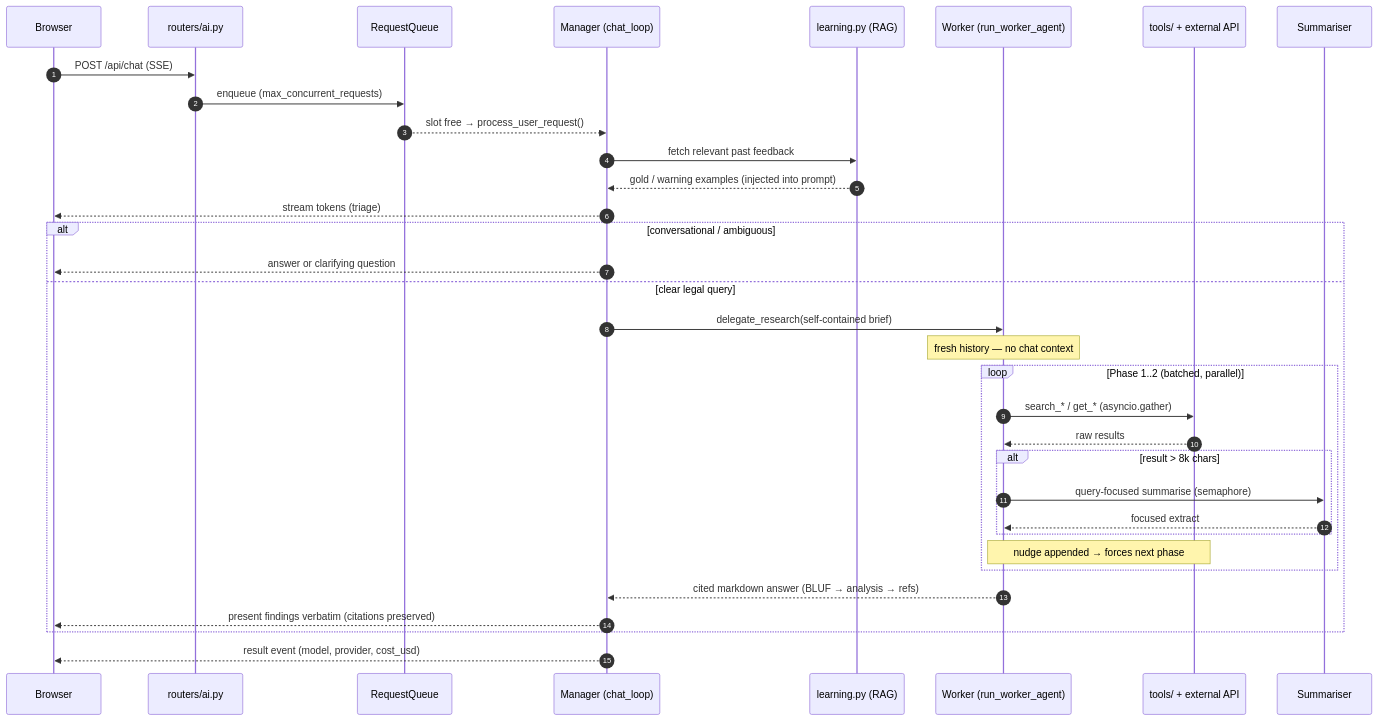
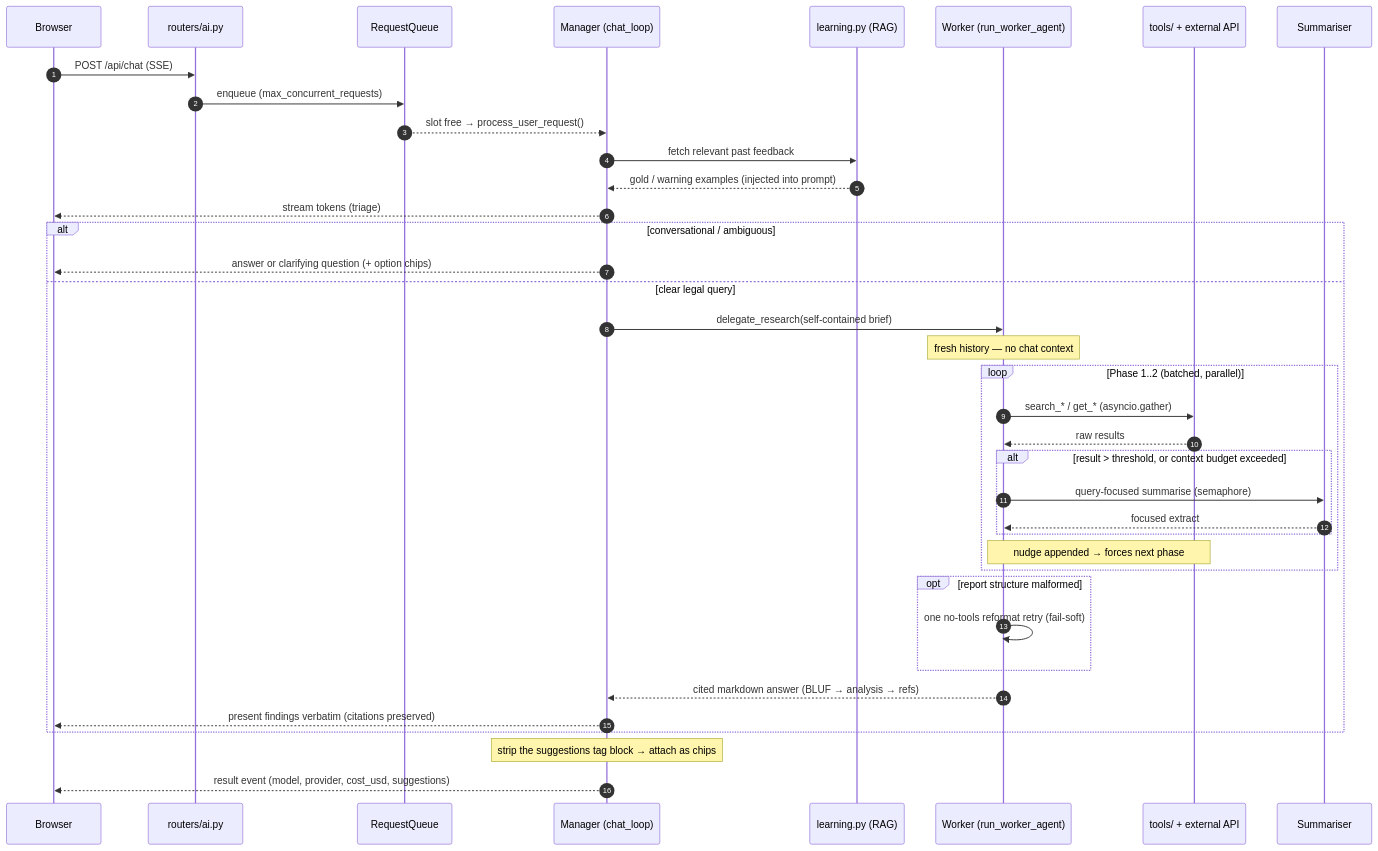
The fourth of 14 diagrams in docs/ARCHITECTURE.md (delphium226/LexChat), drawn with Mermaid before and after one commit. The commit also changed other lines of this file and 2 other files, not shown here.

First line of the commit message:
@ docs: refresh README/ARCHITECTURE for the multi-bot fleet, add plain-English overview

````diff
--- a/docs/ARCHITECTURE.md
+++ b/docs/ARCHITECTURE.md
@@ -182,37 +246,41 @@
 ```mermaid
 sequenceDiagram
     autonumber
     participant U as Browser
     participant AI as routers/ai.py
     participant Q as RequestQueue
     participant M as Manager (chat_loop)
     participant L as learning.py (RAG)
     participant W as Worker (run_worker_agent)
     participant T as tools/ + external API
     participant S as Summariser
 
     U->>AI: POST /api/chat (SSE)
     AI->>Q: enqueue (max_concurrent_requests)
     Q-->>M: slot free → process_user_request()
     M->>L: fetch relevant past feedback
     L-->>M: gold / warning examples (injected into prompt)
     M-->>U: stream tokens (triage)
     alt conversational / ambiguous
-        M-->>U: answer or clarifying question
+        M-->>U: answer or clarifying question (+ option chips)
     else clear legal query
         M->>W: delegate_research(self-contained brief)
         Note over W: fresh history — no chat context
         loop Phase 1..2 (batched, parallel)
             W->>T: search_* / get_* (asyncio.gather)
             T-->>W: raw results
-            alt result > 8k chars
+            alt result > threshold, or context budget exceeded
                 W->>S: query-focused summarise (semaphore)
                 S-->>W: focused extract
             end
             Note over W,T: nudge appended → forces next phase
         end
+        opt report structure malformed
+            W->>W: one no-tools reformat retry (fail-soft)
+        end
         W-->>M: cited markdown answer (BLUF → analysis → refs)
         M-->>U: present findings verbatim (citations preserved)
     end
-    M-->>U: result event (model, provider, cost_usd)
+    Note over M: strip the suggestions tag block → attach as chips
+    M-->>U: result event (model, provider, cost_usd, suggestions)
 ```
````
